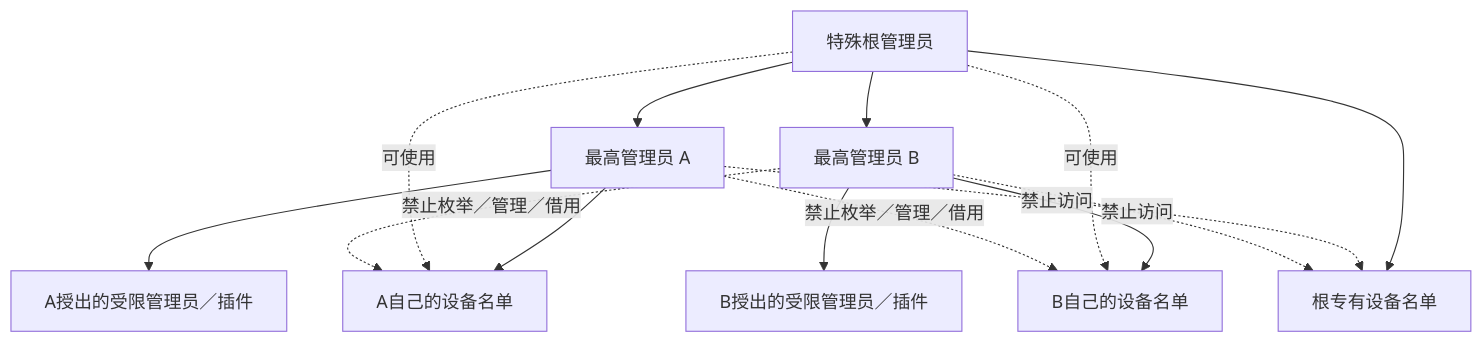
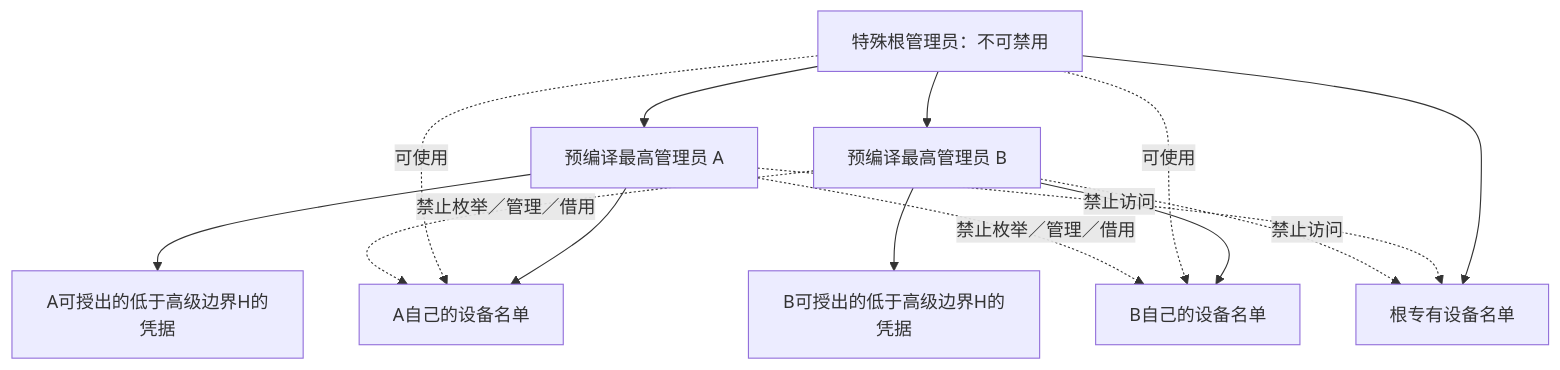
One commit to 13513208952/ReBrowser changed the first of 2 diagrams in planning/geckoview-v2/views/02-authority.md. Above: the diagram before and after it, drawn with Mermaid. The commit also changed other lines of this file and 25 other files, not shown here.

````diff
--- a/planning/geckoview-v2/views/02-authority.md
+++ b/planning/geckoview-v2/views/02-authority.md
@@ -3,16 +3,16 @@
 ```mermaid
 flowchart TD
-  ROOT[特殊根管理员] --> HA[最高管理员 A]
-  ROOT --> HB[最高管理员 B]
+  ROOT[特殊根管理员：不可禁用] --> HA[预编译最高管理员 A]
+  ROOT --> HB[预编译最高管理员 B]
   ROOT --> WR[根专有设备名单]
   HA --> WA[A自己的设备名单]
   HB --> WB[B自己的设备名单]
   ROOT -. 可使用 .-> WA
   ROOT -. 可使用 .-> WB
-  HA --> DA[A授出的受限管理员／插件]
-  HB --> DB[B授出的受限管理员／插件]
+  HA --> DA[A可授出的低于高级边界H的凭据]
+  HB --> DB[B可授出的低于高级边界H的凭据]
   HA -. 禁止枚举／管理／借用 .-> WB
   HB -. 禁止枚举／管理／借用 .-> WA
   HA -. 禁止访问 .-> WR
   HB -. 禁止访问 .-> WR
 ```
````
